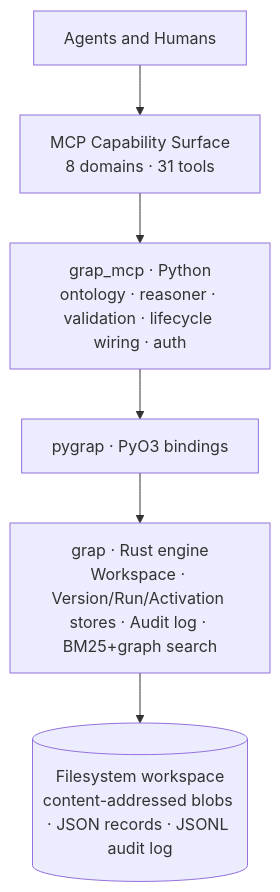
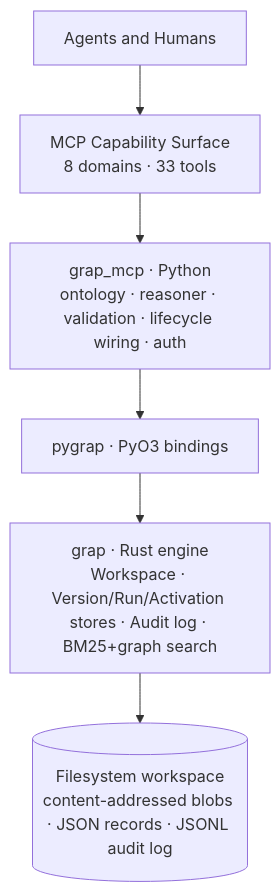
One commit to cristy-the-one/grap-rust changed the first of 2 diagrams in docs/architecture-grap-mcp.md. Above: the diagram before and after it, drawn with Mermaid. The commit also changed other lines of this file and 3 other files, not shown here.

````diff
--- a/docs/architecture-grap-mcp.md
+++ b/docs/architecture-grap-mcp.md
@@ -38,8 +38,8 @@
 ```mermaid
 flowchart TB
-  A[Agents and Humans] --> M[MCP Capability Surface<br/>8 domains · 31 tools]
+  A[Agents and Humans] --> M[MCP Capability Surface<br/>8 domains · 33 tools]
   M --> P[grap_mcp · Python<br/>ontology · reasoner · validation · lifecycle wiring · auth]
   P --> B[pygrap · PyO3 bindings]
   B --> R[grap · Rust engine<br/>Workspace · Version/Run/Activation stores · Audit log · BM25+graph search]
   R --> D[(Filesystem workspace<br/>content-addressed blobs · JSON records · JSONL audit log)]
 ```
````
